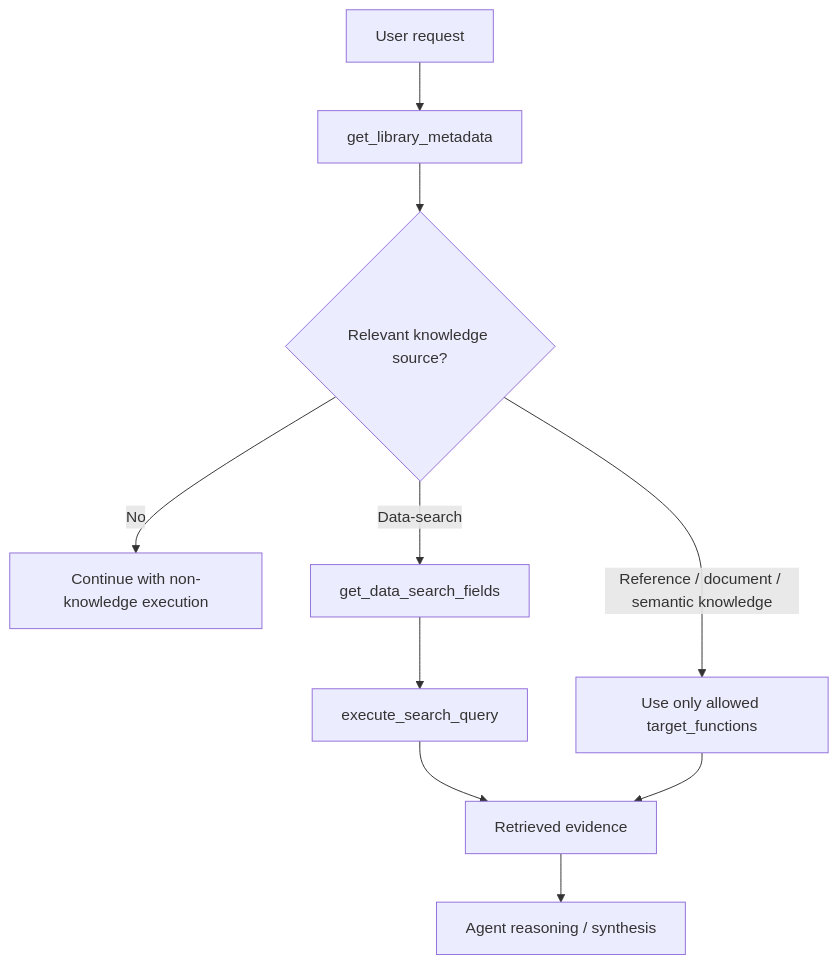
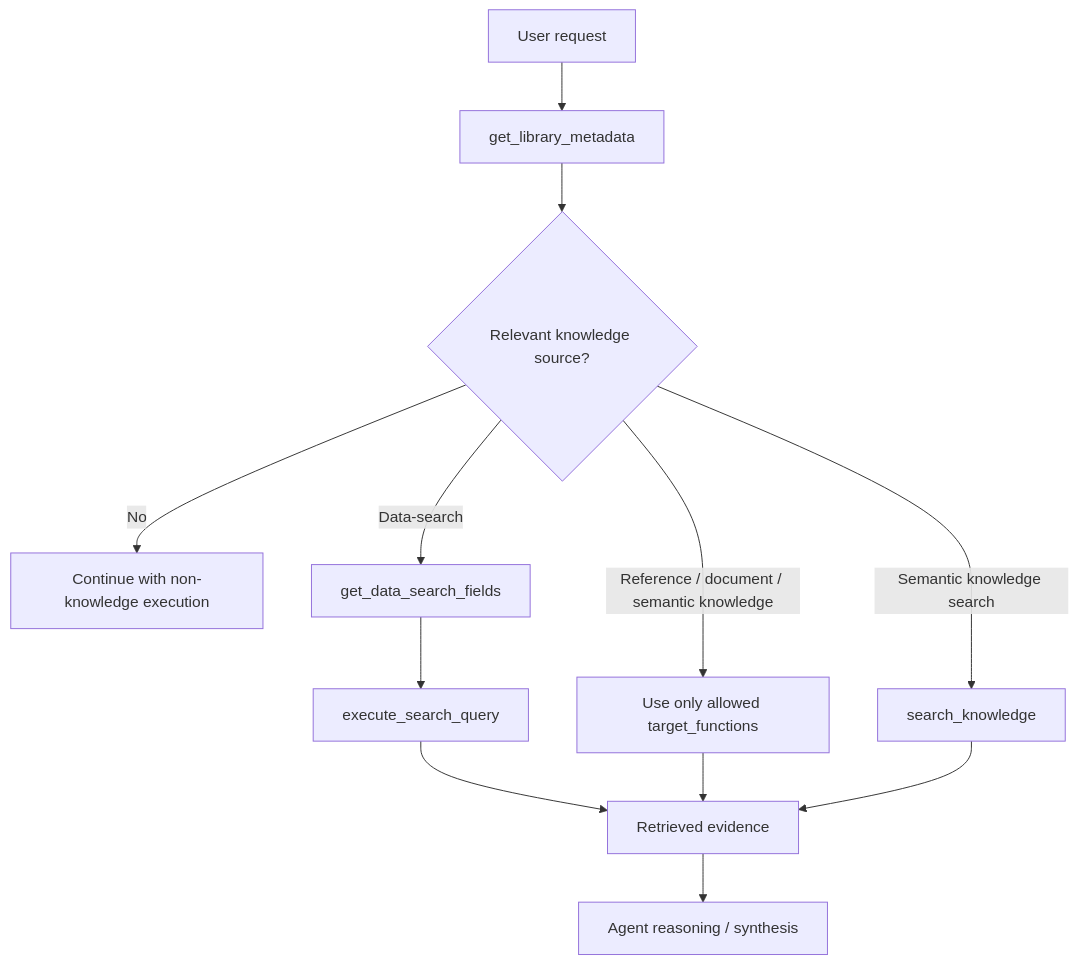
One commit to adityarane-ai/Agentic-Orchestrations changed the diagram in Bid Analysis Agent/10 - QI Studio Nodes, Agent Tools & Verification Register.md. Above: the diagram before and after it, drawn with Mermaid. The commit also changed other lines of this file, not shown here.

Commit message:
Document Search Knowledge tool evidence

````diff
--- a/Bid Analysis Agent/10 - QI Studio Nodes, Agent Tools & Verification Register.md
+++ b/Bid Analysis Agent/10 - QI Studio Nodes, Agent Tools & Verification Register.md
@@ -471,12 +544,14 @@
 ```mermaid
 flowchart TD
     U[User request] --> M[get_library_metadata]
     M --> S{Relevant knowledge source?}
     S -->|No| C[Continue with non-knowledge execution]
     S -->|Data-search| F[get_data_search_fields]
     S -->|Reference / document / semantic knowledge| K[Use only allowed target_functions]
     F --> Q[execute_search_query]
     Q --> R[Retrieved evidence]
     K --> R
     R --> A[Agent reasoning / synthesis]
+    S -->|Semantic knowledge search| SK[search_knowledge]
+    SK --> R
 ```
````
